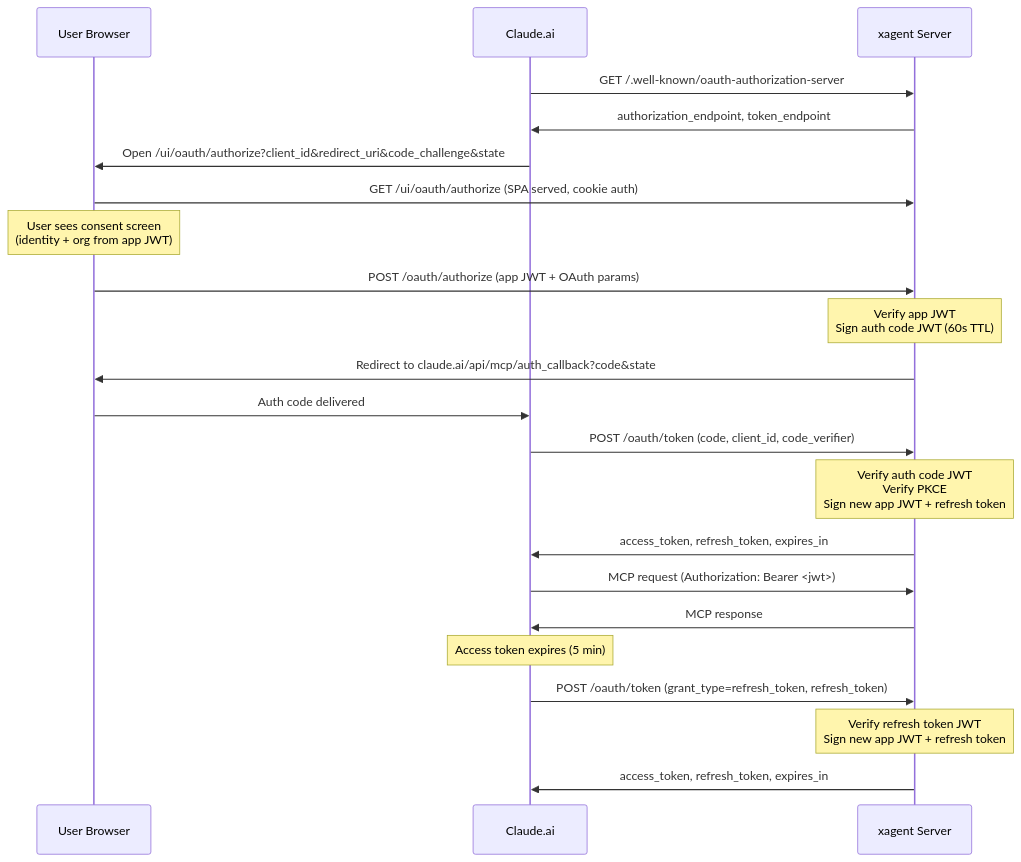
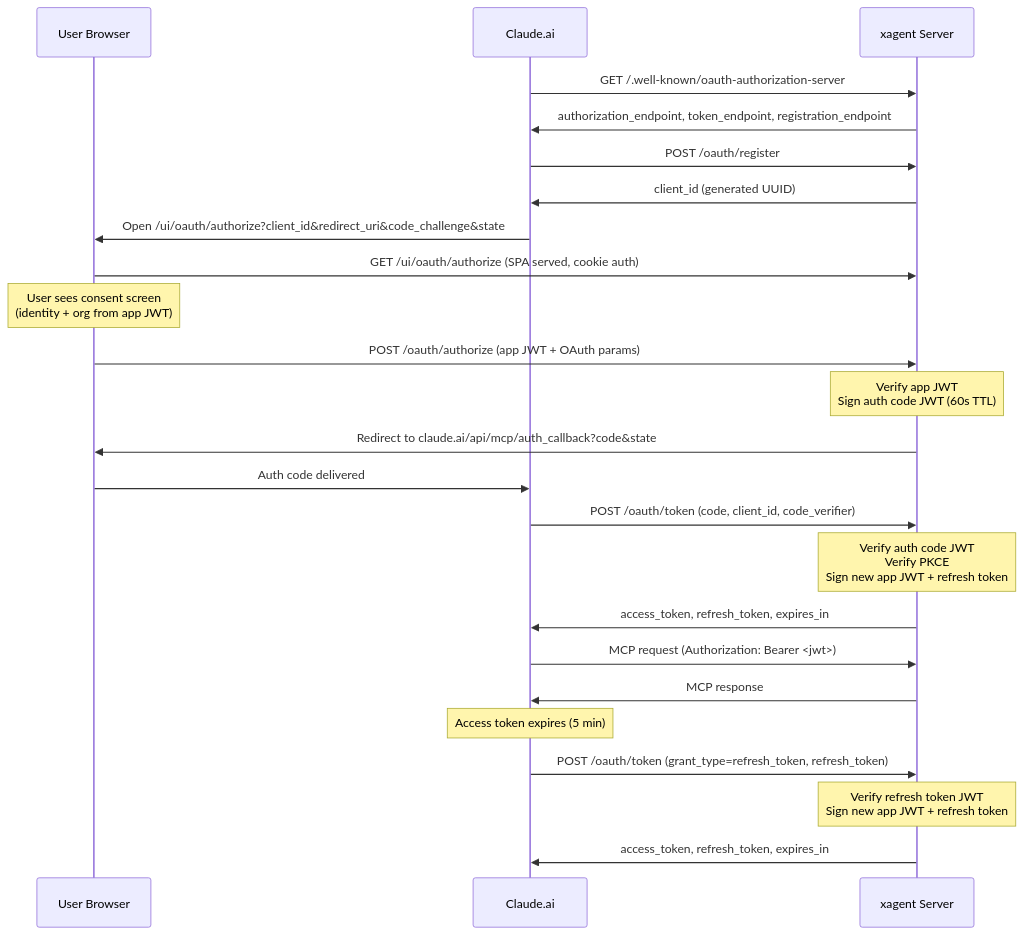
The diagram in proposals/mcp-oauth.md (icholy/xagent), drawn with Mermaid before and after one commit. The commit also changed other lines of this file, not shown here.

Commit message:
proposal: add stub DCR endpoint for automatic client registration

````diff
--- a/proposals/mcp-oauth.md
+++ b/proposals/mcp-oauth.md
@@ -18,29 +18,32 @@
 ```mermaid
 sequenceDiagram
     participant U as User Browser
     participant C as Claude.ai
     participant X as xagent Server
 
     C->>X: GET /.well-known/oauth-authorization-server
-    X->>C: authorization_endpoint, token_endpoint
+    X->>C: authorization_endpoint, token_endpoint, registration_endpoint
+
+    C->>X: POST /oauth/register
+    X->>C: client_id (generated UUID)
 
     C->>U: Open /ui/oauth/authorize?client_id&redirect_uri&code_challenge&state
     U->>X: GET /ui/oauth/authorize (SPA served, cookie auth)
     Note over U: User sees consent screen<br/>(identity + org from app JWT)
     U->>X: POST /oauth/authorize (app JWT + OAuth params)
     Note over X: Verify app JWT<br/>Sign auth code JWT (60s TTL)
     X->>U: Redirect to claude.ai/api/mcp/auth_callback?code&state
     U->>C: Auth code delivered
 
     C->>X: POST /oauth/token (code, client_id, code_verifier)
     Note over X: Verify auth code JWT<br/>Verify PKCE<br/>Sign new app JWT + refresh token
     X->>C: access_token, refresh_token, expires_in
 
     C->>X: MCP request (Authorization: Bearer <jwt>)
     X->>C: MCP response
 
     Note over C: Access token expires (5 min)
     C->>X: POST /oauth/token (grant_type=refresh_token, refresh_token)
     Note over X: Verify refresh token JWT<br/>Sign new app JWT + refresh token
     X->>C: access_token, refresh_token, expires_in
 ```
````
